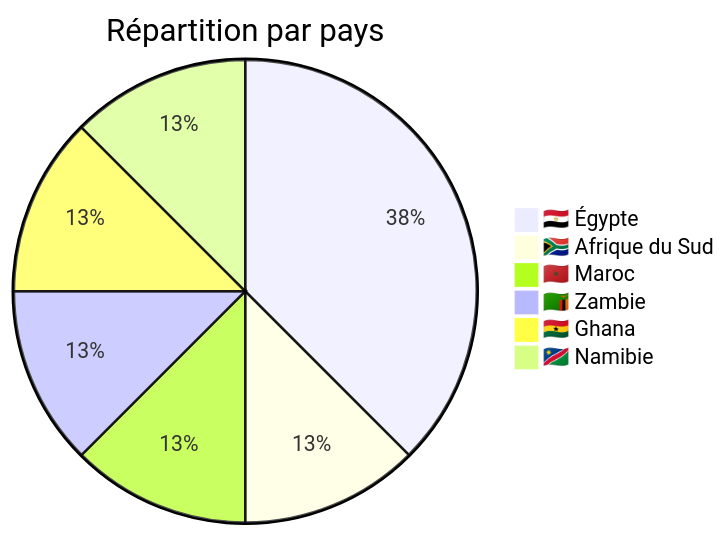
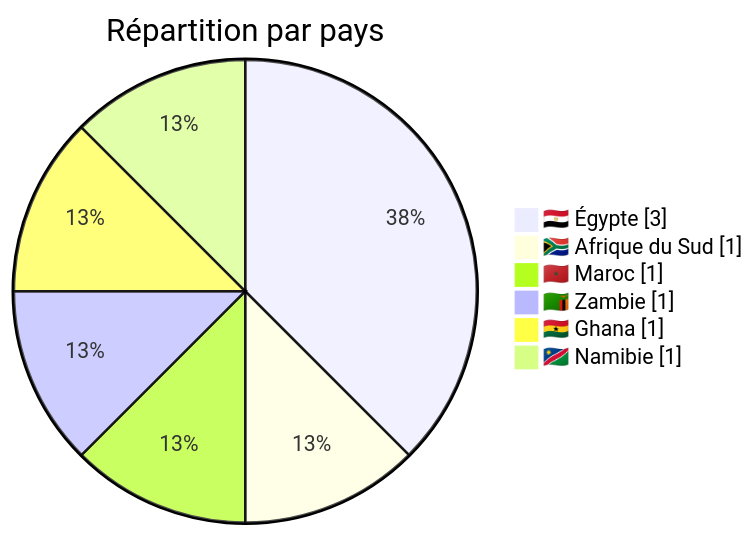
The third of 7 diagrams in CyberAttackAfrica/2025/02-february/README_FR.md (Hatchepsoute/AFRINTEL), drawn with Mermaid before and after one commit. The commit also changed other lines of this file and 182 other files, not shown here.

````diff
--- a/CyberAttackAfrica/2025/02-february/README_FR.md
+++ b/CyberAttackAfrica/2025/02-february/README_FR.md
@@ -76,9 +81,10 @@
 ```mermaid
-pie title Répartition par pays
+pie showData
+    title Répartition par pays
     "🇪🇬 Égypte" : 3
     "🇿🇦 Afrique du Sud" : 1
     "🇲🇦 Maroc" : 1
     "🇿🇲 Zambie" : 1
     "🇬🇭 Ghana" : 1
     "🇳🇦 Namibie" : 1
 ```
````
